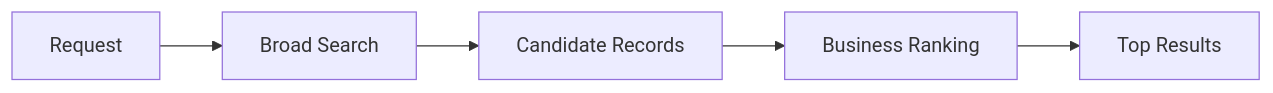
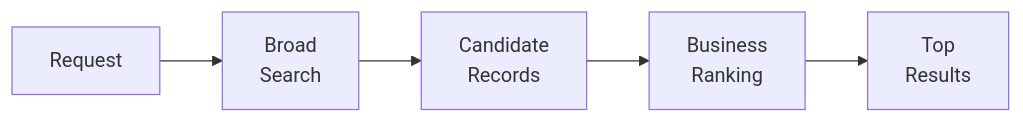
The eighth of 10 diagrams in docs/architecture-insights/genai-and-rag/3.5_architecting_multi_stage_retrieval_from_recall_to_precision.md (MihirKJha/enterprise-ai-blog), drawn with Mermaid before and after one commit. The commit also changed other lines of this file and 1 other file, not shown here.

````diff
--- a/docs/architecture-insights/genai-and-rag/3.5_architecting_multi_stage_retrieval_from_recall_to_precision.md
+++ b/docs/architecture-insights/genai-and-rag/3.5_architecting_multi_stage_retrieval_from_recall_to_precision.md
@@ -521,7 +521,7 @@
 ```mermaid
 flowchart LR
-    Q[Request] --> S[Broad Search]
-    S --> C[Candidate Records]
-    C --> B[Business Ranking]
-    B --> T[Top Results]
+    Q[Request] --> S[Broad<br/>Search]
+    S --> C[Candidate<br/>Records]
+    C --> B[Business<br/>Ranking]
+    B --> T[Top<br/>Results]
 ```
````
